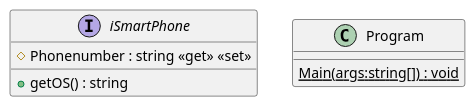
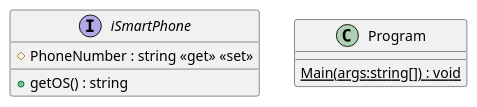
The diagram in Aufgabe_3/main.puml (galinarudollf/SoftwareentwicklungSoSe2020_Aufgabe_04), drawn with PlantUML before and after one commit.

Commit message:
Add new plantUML file

```diff
--- a/Aufgabe_3/main.puml
+++ b/Aufgabe_3/main.puml
@@ -1,9 +1,9 @@
 @startuml
 interface iSmartPhone {
-    # Phonenumber : string <<get>> <<set>>
+    # PhoneNumber : string <<get>> <<set>>
     + getOS() : string
 }
 class Program {
     {static} Main(args:string[]) : void
 }
 @enduml
```
